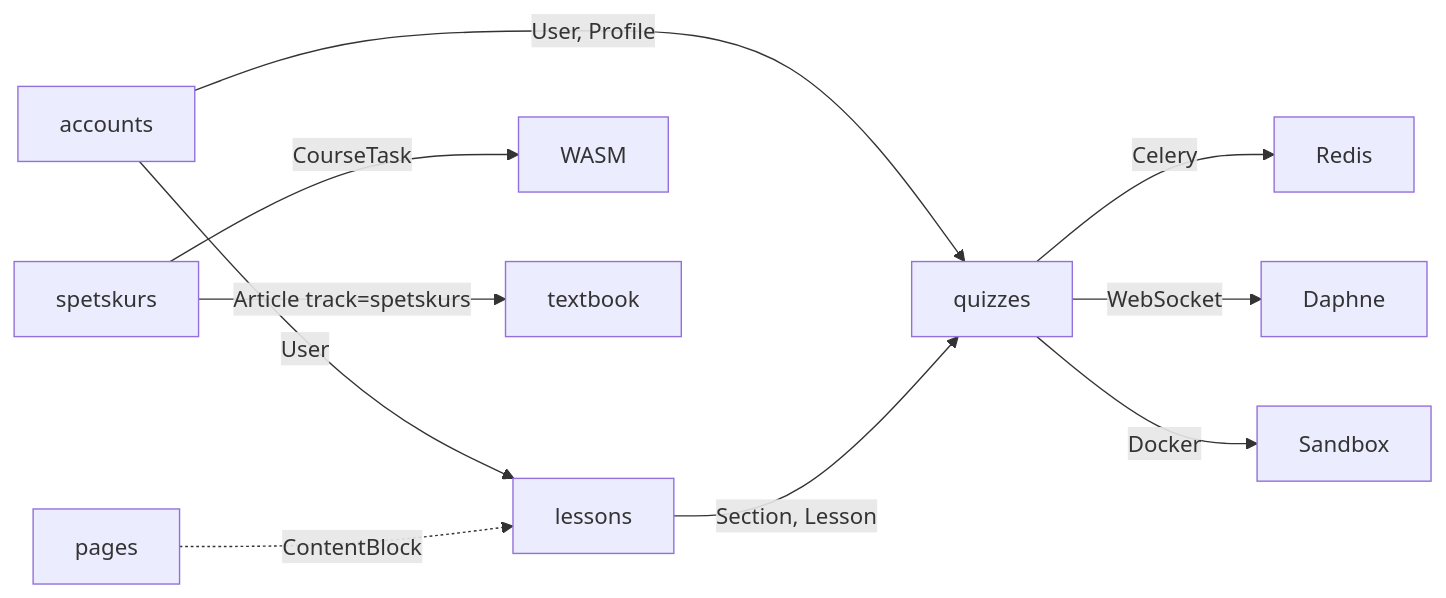
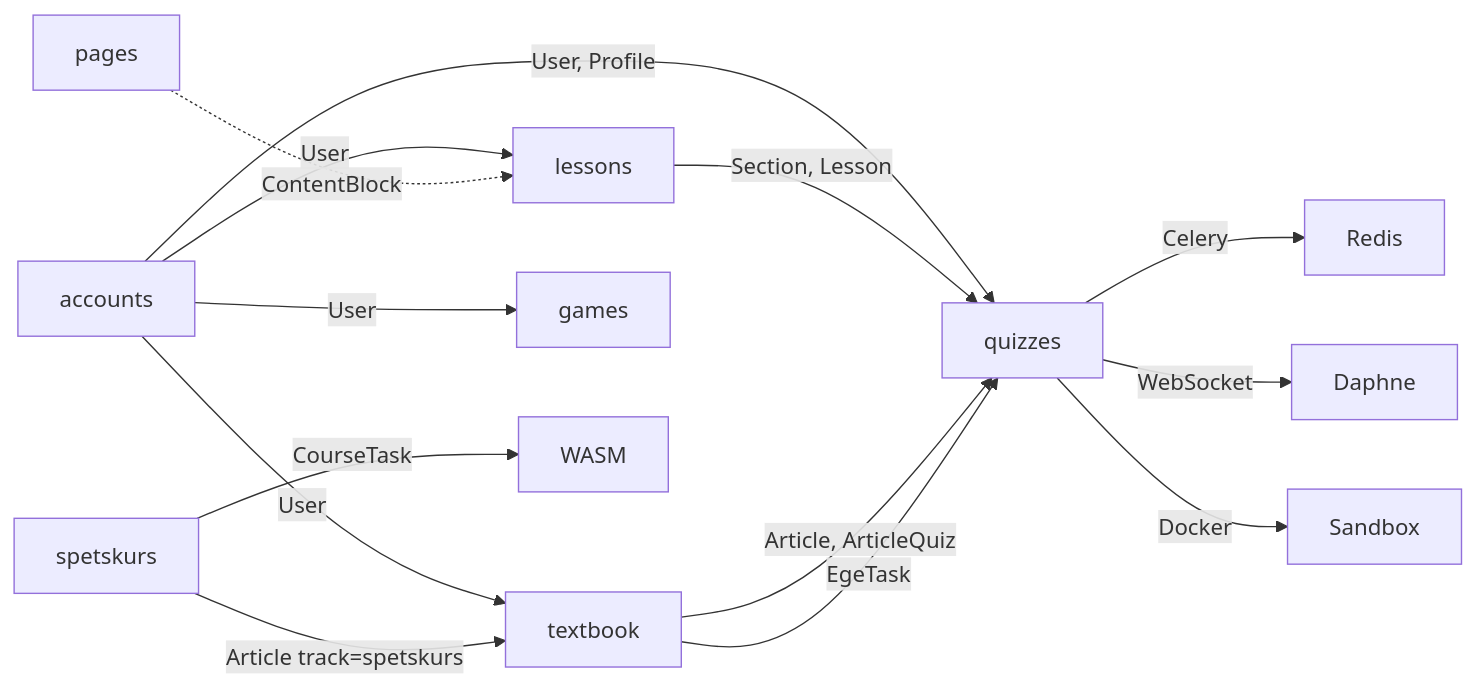
One commit to Kirill2517nv/SiteAboutMe changed the diagram in docs/index.md. Above: the diagram before and after it, drawn with Mermaid. The commit also changed other lines of this file and 40 other files, not shown here.

````diff
--- a/docs/index.md
+++ b/docs/index.md
@@ -20,12 +22,16 @@
 ```mermaid
 graph LR
     A[accounts] -->|User, Profile| Q[quizzes]
     A -->|User| L[lessons]
+    A -->|User| T[textbook]
+    A -->|User| G[games]
     P[pages] -.->|ContentBlock| L
     L -->|Section, Lesson| Q
+    T -->|Article, ArticleQuiz| Q
     Q -->|Celery| R[Redis]
     Q -->|WebSocket| D[Daphne]
     Q -->|Docker| S[Sandbox]
     SP[spetskurs] -->|CourseTask| W[WASM]
-    SP -->|Article track=spetskurs| T[textbook]
+    SP -->|Article track=spetskurs| T
+    T -->|EgeTask| Q
 ```
````
